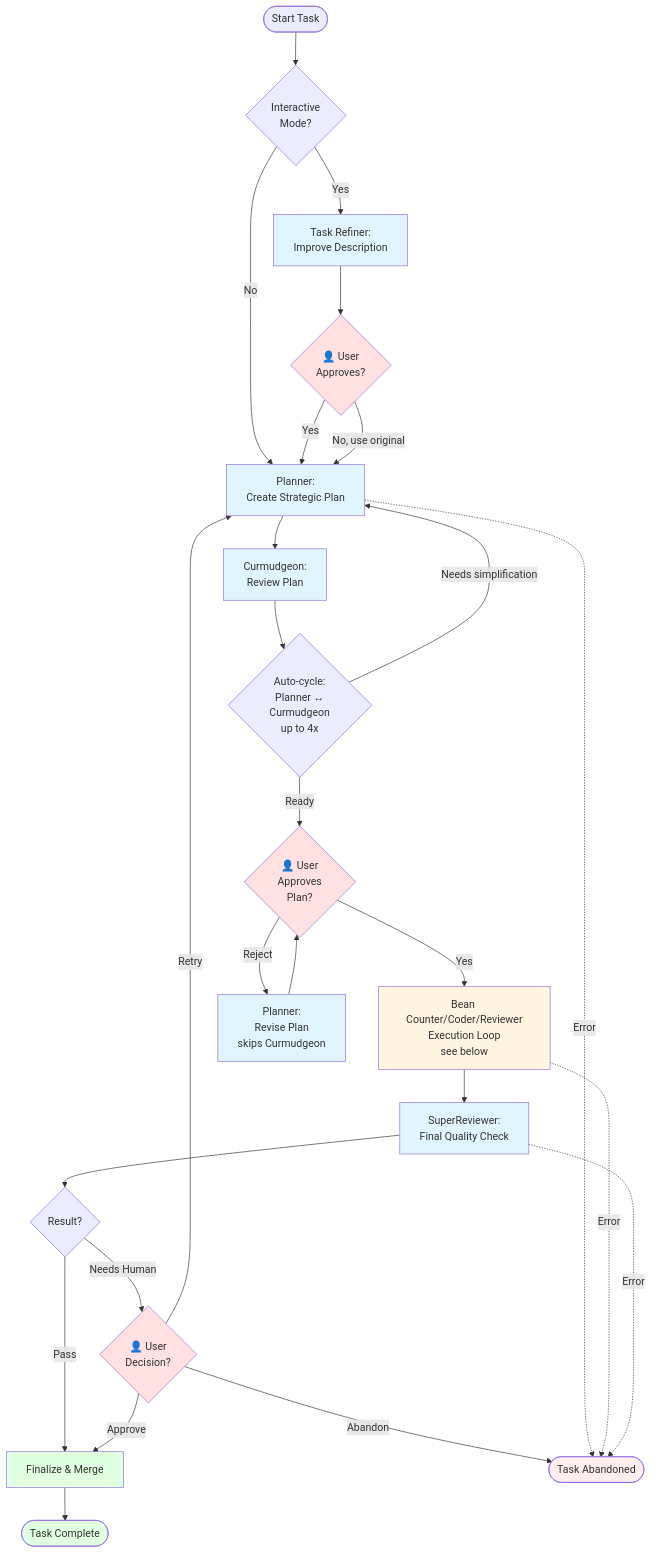
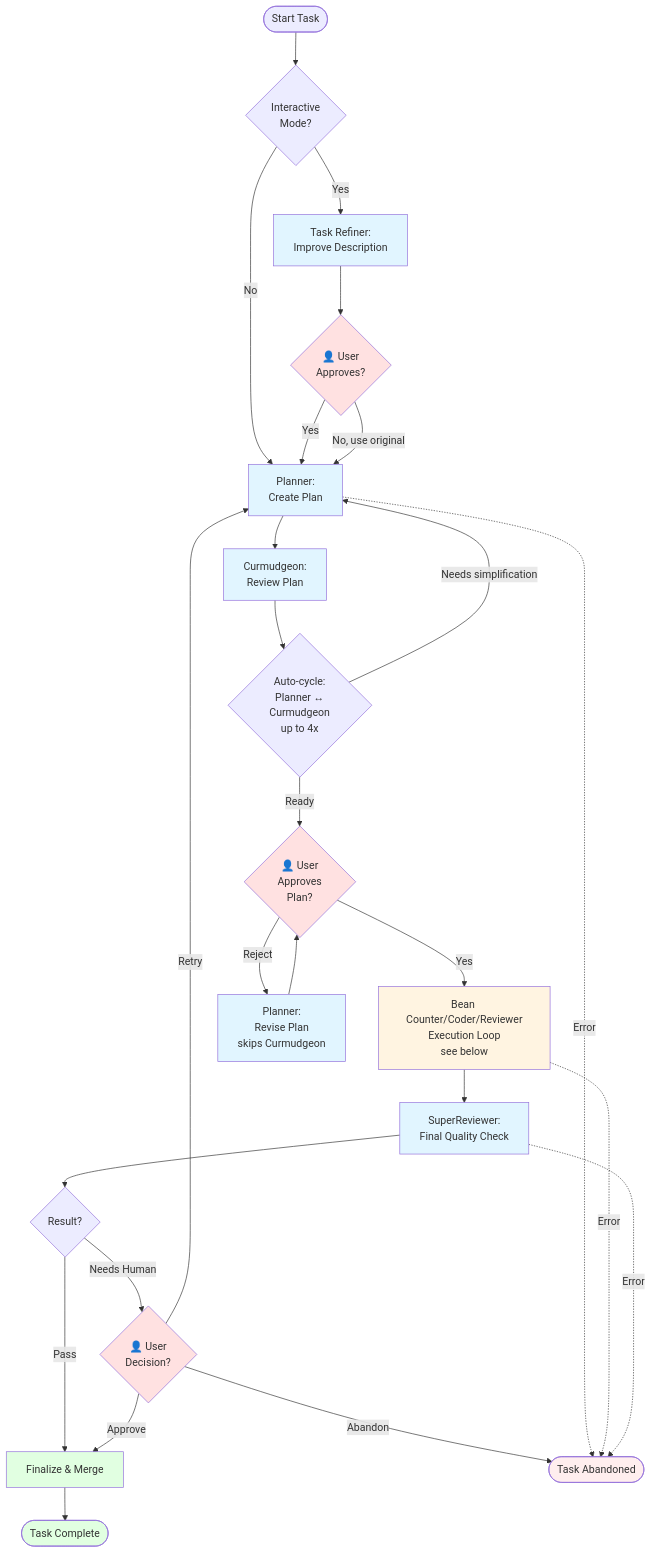
One commit to durch/agneto changed the first of 2 diagrams in docs/state-machines.md. Above: the diagram before and after it, drawn with Mermaid. The commit also changed 4 other files, not shown here.

````diff
--- a/docs/state-machines.md
+++ b/docs/state-machines.md
@@ -7,51 +7,51 @@
 ```mermaid
 flowchart TD
     Start([Start Task]) --> Interactive{Interactive<br/>Mode?}
 
     Interactive -->|Yes| Refine[Task Refiner:<br/>Improve Description]
     Interactive -->|No| Plan
 
     Refine --> RefineApproval{👤 User<br/>Approves?}
-    RefineApproval -->|Yes| Plan[Planner:<br/>Create Strategic Plan]
+    RefineApproval -->|Yes| Plan[Planner:<br/>Create Plan]
     RefineApproval -->|No, use original| Plan
 
     Plan --> Curmudgeon[Curmudgeon:<br/>Review Plan]
 
     Curmudgeon --> CurmudgeonLoop{Auto-cycle:<br/>Planner ↔<br/>Curmudgeon<br/>up to 4x}
     CurmudgeonLoop -->|Needs simplification| Plan
     CurmudgeonLoop -->|Ready| PlanApproval
 
     PlanApproval{👤 User<br/>Approves<br/>Plan?} -->|Yes| Execute
     PlanApproval -->|Reject| PlanRevise[Planner:<br/>Revise Plan<br/>skips Curmudgeon]
     PlanRevise --> PlanApproval
 
     Execute[Bean Counter/Coder/Reviewer<br/>Execution Loop<br/>see below] --> SuperReview
 
     SuperReview[SuperReviewer:<br/>Final Quality Check] --> SuperResult{Result?}
 
     SuperResult -->|Pass| Finalize[Finalize & Merge]
     SuperResult -->|Needs Human| HumanDecision{👤 User<br/>Decision?}
 
     HumanDecision -->|Approve| Finalize
     HumanDecision -->|Retry| Plan
     HumanDecision -->|Abandon| Abandoned
 
     Finalize --> Complete([Task Complete])
 
     Plan -.->|Error| Abandoned([Task Abandoned])
     Execute -.->|Error| Abandoned
     SuperReview -.->|Error| Abandoned
 
     style Refine fill:#e1f5ff
     style Plan fill:#e1f5ff
     style Curmudgeon fill:#e1f5ff
     style PlanRevise fill:#e1f5ff
     style Execute fill:#fff4e1
     style SuperReview fill:#e1f5ff
     style Finalize fill:#e1ffe1
     style RefineApproval fill:#ffe1e1
     style PlanApproval fill:#ffe1e1
     style HumanDecision fill:#ffe1e1
     style Complete fill:#e1ffe1
     style Abandoned fill:#fee
 ```
````
